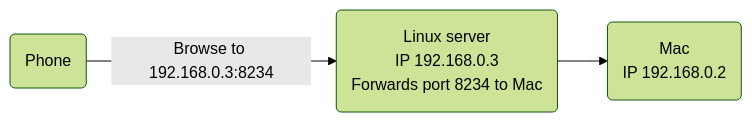
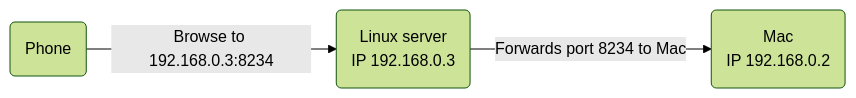
One commit to mdvanes/daikatana changed the first of 3 diagrams in README.md. Above: the diagram before and after it, drawn with Mermaid (forest theme). The commit also changed other lines of this file and 3 other files, not shown here.

````diff
--- a/README.md
+++ b/README.md
@@ -33,5 +33,5 @@
 ```mermaid
 graph LR
-    A(Phone) --> | Browse to 192.168.0.3:8234 | B(Linux server<br/>IP 192.168.0.3<br/>Forwards port 8234 to Mac)
-    B --> C(Mac<br/>IP 192.168.0.2)
+    A(Phone) --> | Browse to 192.168.0.3:8234 | B(Linux server <br/> IP 192.168.0.3)
+    B -->  | Forwards port 8234 to Mac | C(Mac <br/> IP 192.168.0.2)
 ```
````
